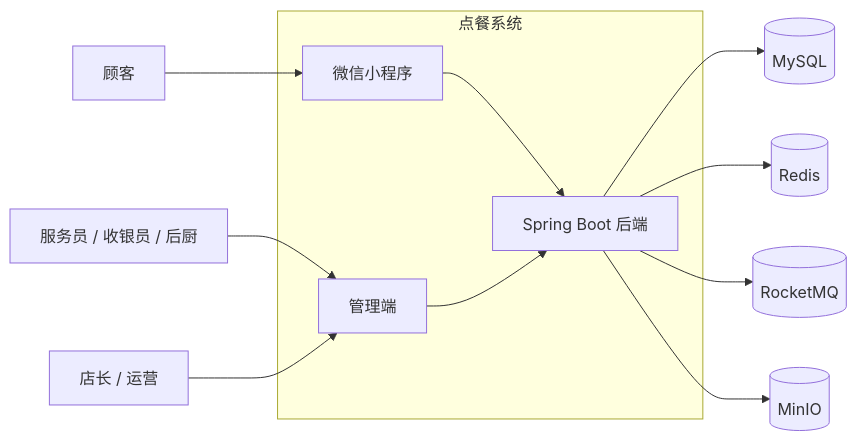
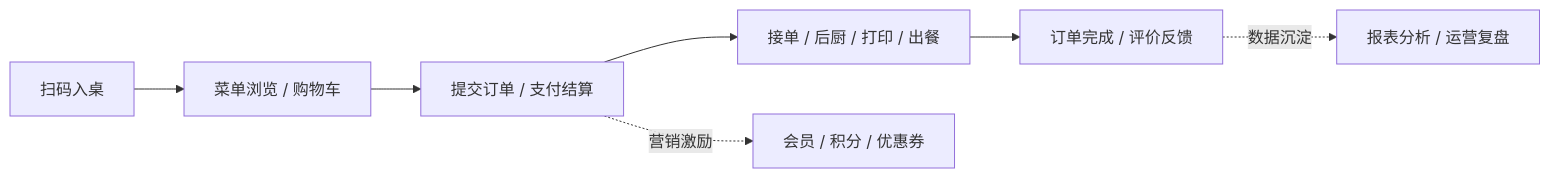
Before and after one commit to meisijiya/DIANCAN-SYSTEM: the diagram in readme.md, drawn with Mermaid. The commit also changed other lines of this file and 37 other files, not shown here.

Commit message:
文档加截图

````diff
--- a/readme.md
+++ b/readme.md
@@ -36,19 +376,9 @@
 ```mermaid
 flowchart LR
-    subgraph SYSTEM[点餐系统]
-        MINI[微信小程序]
-        ADMIN[管理端]
-        BACKEND[Spring Boot 后端]
-    end
-
-    CUSTOMER[顾客] --> MINI
-    STAFF[服务员 / 收银员 / 后厨] --> ADMIN
-    MANAGER[店长 / 运营] --> ADMIN
-
-    MINI --> BACKEND
-    ADMIN --> BACKEND
-    BACKEND --> MYSQL[(MySQL)]
-    BACKEND --> REDIS[(Redis)]
-    BACKEND --> MQ[(RocketMQ)]
-    BACKEND --> MINIO[(MinIO)]
+    A[扫码入桌] --> B[菜单浏览 / 购物车]
+    B --> C[提交订单 / 支付结算]
+    C --> D[接单 / 后厨 / 打印 / 出餐]
+    D --> E[订单完成 / 评价反馈]
+    C -.营销激励.-> F[会员 / 积分 / 优惠券]
+    E -.数据沉淀.-> G[报表分析 / 运营复盘]
 ```
````
